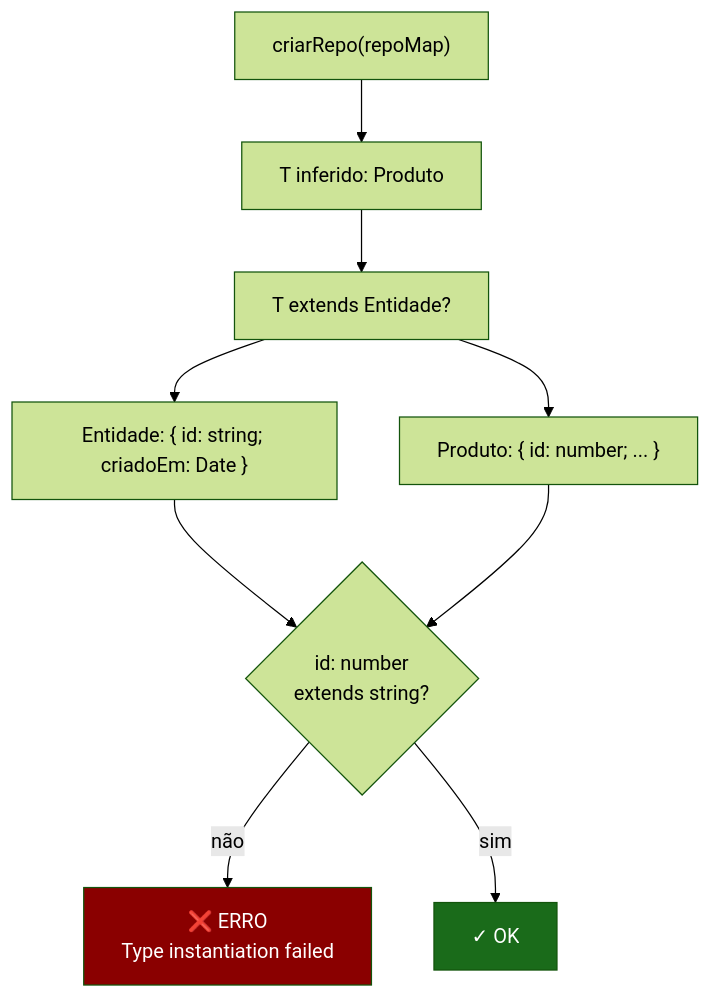
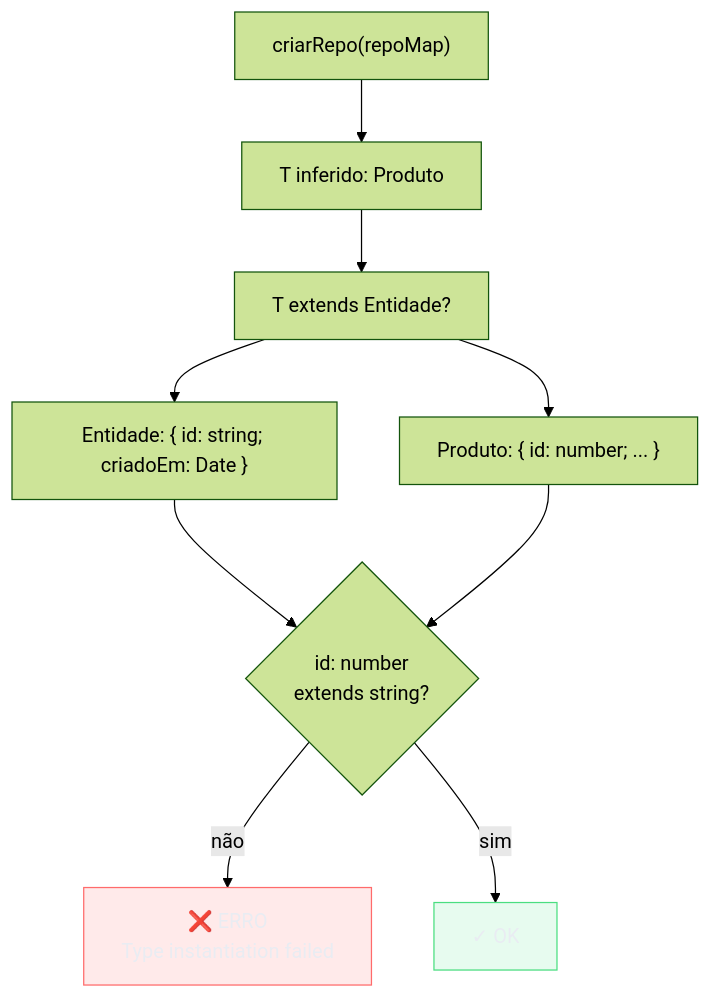
The fourth of 4 diagrams in 03-Dominios/Tecnologia/TypeScript/26 - Lendo o compilador - erros comuns e como decifrar mensagens.md (josenaldo/codex-technomanticus), drawn with Mermaid (forest theme) before and after one commit. The commit also changed other lines of this file and 1181 other files, not shown here.

First line of the commit message:
fix(diagramas): paleta do sistema no lugar de cor cravada no markdown

````diff
--- a/03-Dominios/Tecnologia/TypeScript/26 - Lendo o compilador - erros comuns e como decifrar mensagens.md
+++ b/03-Dominios/Tecnologia/TypeScript/26 - Lendo o compilador - erros comuns e como decifrar mensagens.md
@@ -572,22 +578,24 @@
 ```mermaid
 flowchart TD
+    classDef falha fill:#FF6B6B24,stroke:#FF6B6B,color:#E9ECF2
+    classDef ok fill:#4ADE8021,stroke:#4ADE80,color:#E9ECF2
     CALL["criarRepo(repoMap)"]
     INFER["T inferido: Produto"]
     CHECK["T extends Entidade?"]
     ENTIDADE["Entidade: { id: string; criadoEm: Date }"]
     PRODUTO["Produto: { id: number; ... }"]
     COMPAT{"id: number\nextends string?"}
     ERR["❌ ERRO\nType instantiation failed"]
     OK["✓ OK"]
 
     CALL --> INFER --> CHECK
     CHECK --> ENTIDADE
     CHECK --> PRODUTO
     ENTIDADE --> COMPAT
     PRODUTO --> COMPAT
     COMPAT -->|"não"| ERR
     COMPAT -->|"sim"| OK
 
-    style ERR fill:#8a0000,color:#fff
-    style OK fill:#1a6b1a,color:#fff
+    class ERR falha
+    class OK ok
 ```
````
